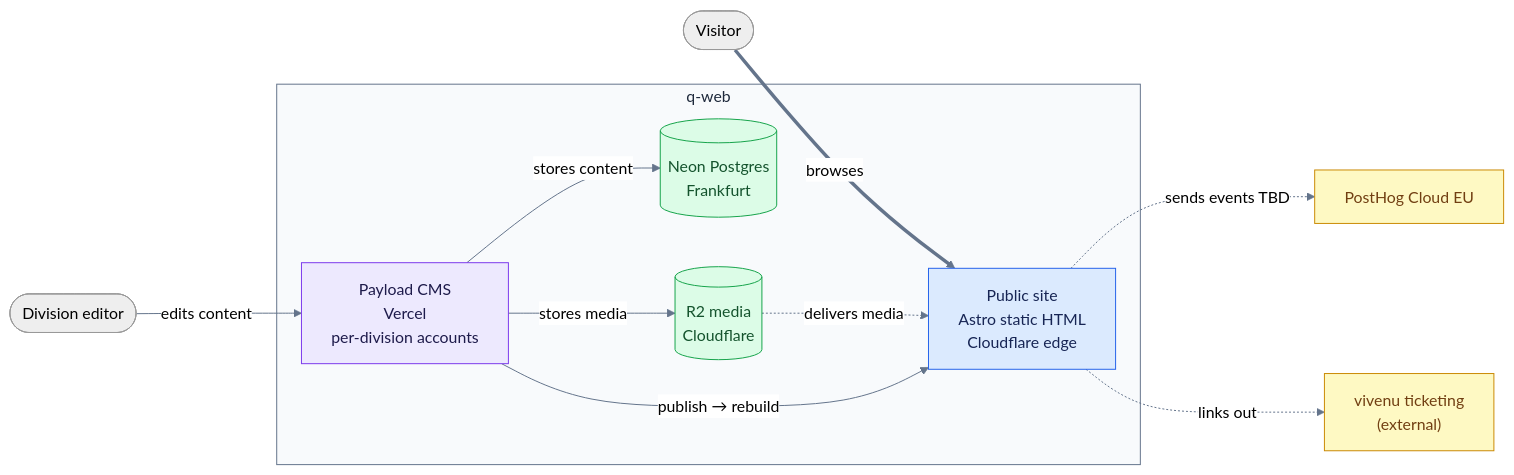
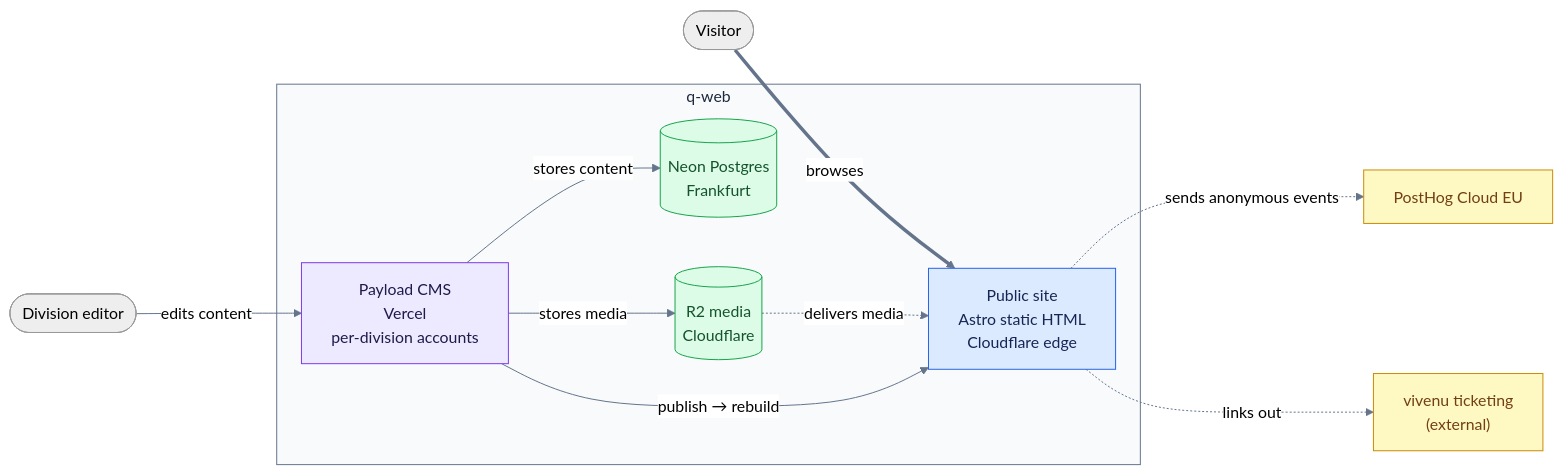
One commit to Q-Summit/q-web changed the diagram in docs/architecture/03-context-and-scope.md. Above: the diagram before and after it, drawn with Mermaid (neutral theme). The commit also changed other lines of this file and 50 other files, not shown here.

Commit message:
feat: cookieless PostHog analytics on the public site (#15)

````diff
--- a/docs/architecture/03-context-and-scope.md
+++ b/docs/architecture/03-context-and-scope.md
@@ -7,27 +7,27 @@
 ```mermaid
 flowchart LR
   V([Visitor]) ==>|"browses"| SITE["Public site<br/>Astro static HTML<br/>Cloudflare edge"]
   E([Division editor]) -->|"edits content"| CMS["Payload CMS<br/>Vercel<br/>per-division accounts"]
 
   subgraph platform["q-web"]
     SITE
     CMS -->|"stores content"| DB[("Neon Postgres<br/>Frankfurt")]
     CMS -->|"stores media"| R2[("R2 media<br/>Cloudflare")]
     R2 -.->|"delivers media"| SITE
     CMS -->|"publish → rebuild"| SITE
   end
 
-  SITE -.->|"sends events TBD"| PH["PostHog Cloud EU"]
+  SITE -.->|"sends anonymous events"| PH["PostHog Cloud EU"]
   SITE -.->|"links out"| TIX["vivenu ticketing<br/>(external)"]
 
   classDef surface fill:#dbeafe,stroke:#2563eb,color:#172554
   classDef api fill:#ede9fe,stroke:#7c3aed,color:#1e1b4b
   classDef store fill:#dcfce7,stroke:#16a34a,color:#14532d
   classDef external fill:#fef9c3,stroke:#ca8a04,color:#713f12
   class SITE surface
   class CMS api
   class DB,R2 store
   class PH,TIX external
   style platform fill:#f8fafc,stroke:#64748b,color:#1e293b
   linkStyle default stroke:#64748b
 ```
````
